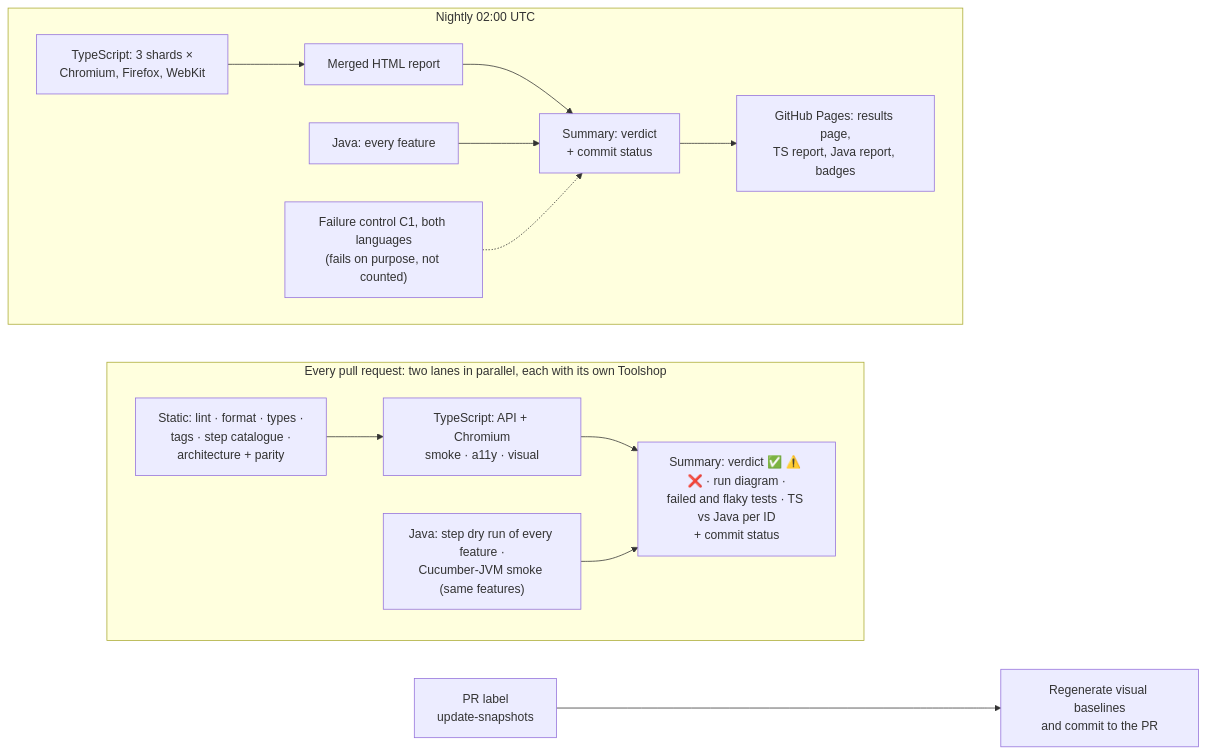
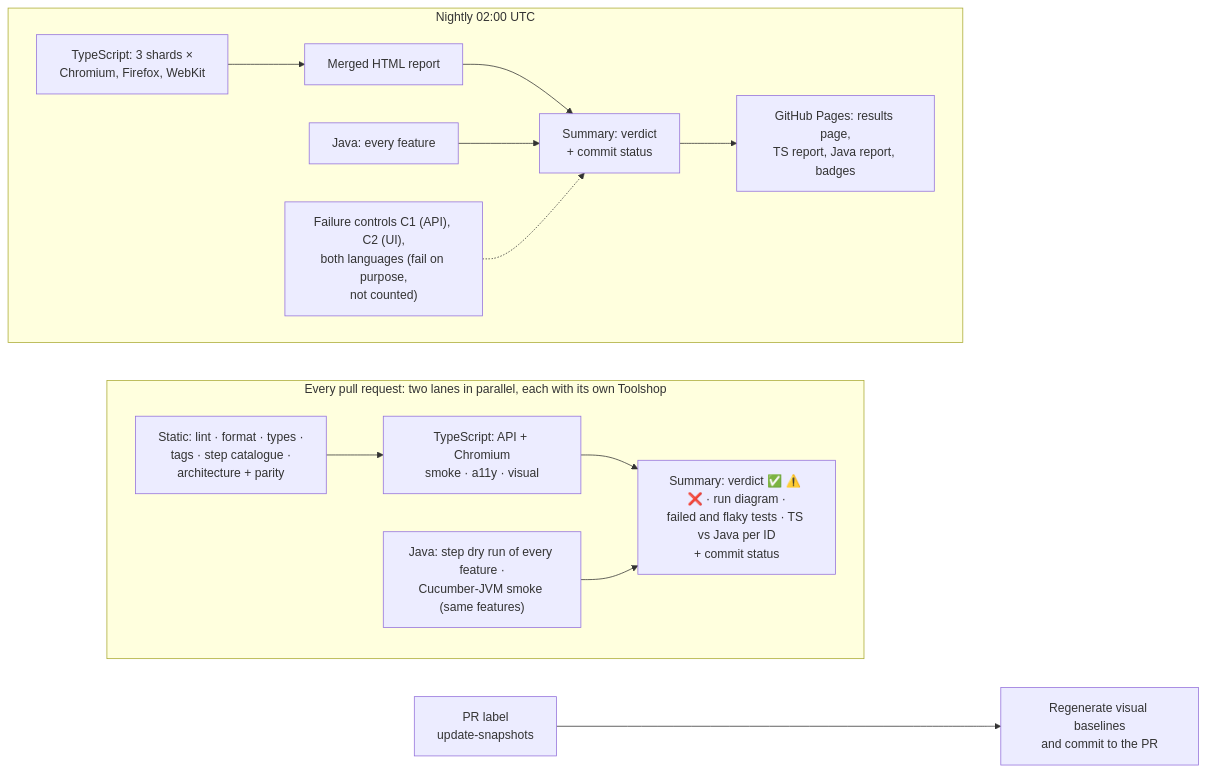
Before and after one commit to junchunip-hue/playwright-e2e-showcase: the second of 2 diagrams in README.md, drawn with Mermaid. The commit also changed other lines of this file and 23 other files, not shown here.

First line of the commit message:
Failure screenshots at the failed step, in both languages; two controls

````diff
--- a/README.md
+++ b/README.md
@@ -113,18 +118,18 @@
 ```mermaid
 flowchart LR
   subgraph PR["Every pull request: two lanes in parallel, each with its own Toolshop"]
     direction LR
     S["Static: lint · format · types ·<br/>tags · step catalogue ·<br/>architecture + parity"] --> TS["TypeScript: API + Chromium<br/>smoke · a11y · visual"]
     J["Java: step dry run of every feature ·<br/>Cucumber-JVM smoke (same features)"]
     TS --> SUM["Summary: verdict ✅ ⚠️ ❌ · run diagram ·<br/>failed and flaky tests · TS vs Java per ID<br/>+ commit status"]
     J --> SUM
   end
   subgraph N["Nightly 02:00 UTC"]
     direction LR
     SH["TypeScript: 3 shards ×<br/>Chromium, Firefox, WebKit"] --> M["Merged HTML report"] --> NS["Summary: verdict<br/>+ commit status"]
     NJ["Java: every feature"] --> NS
-    C["Failure control C1, both languages<br/>(fails on purpose, not counted)"] -.-> NS
+    C["Failure controls C1 (API), C2 (UI),<br/>both languages (fail on purpose,<br/>not counted)"] -.-> NS
     NS --> P["GitHub Pages: results page,<br/>TS report, Java report, badges"]
   end
   L["PR label<br/>update-snapshots"] --> B["Regenerate visual baselines<br/>and commit to the PR"]
 ```
````
